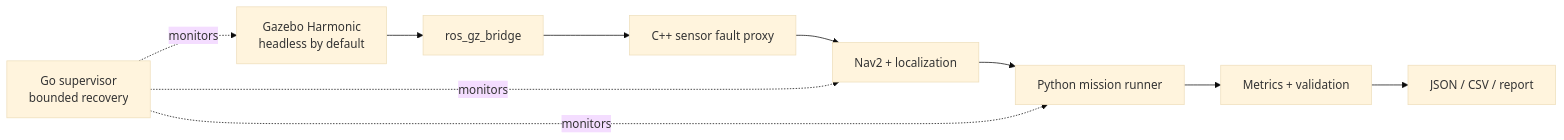
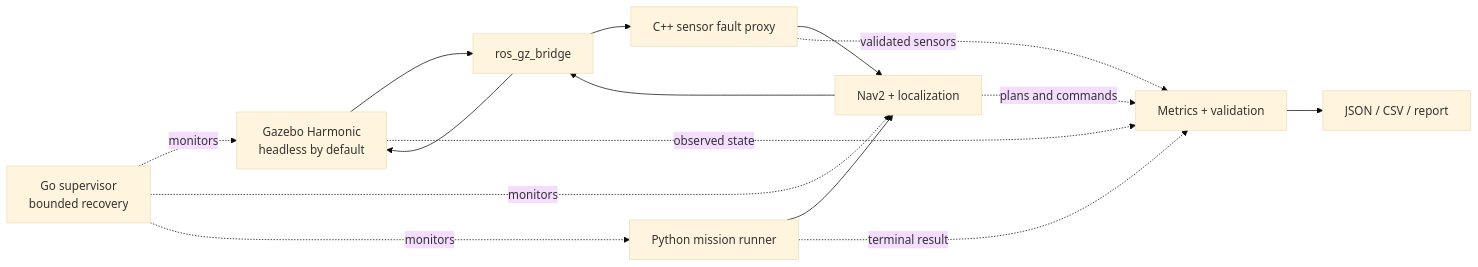
Before and after one commit to Hasan-Al-Hussein/robotest-lab: the first of 2 diagrams in README.md, drawn with Mermaid (base theme). The commit also changed other lines of this file and 19 other files, not shown here.

````diff
--- a/README.md
+++ b/README.md
@@ -65,16 +170,23 @@
 ```mermaid
 flowchart LR
     Gazebo["Gazebo Harmonic\nheadless by default"]
     Bridge["ros_gz_bridge"]
     Proxy["C++ sensor fault proxy"]
     Nav2["Nav2 + localization"]
     Mission["Python mission runner"]
     Metrics["Metrics + validation"]
     Results["JSON / CSV / report"]
     Supervisor["Go supervisor\nbounded recovery"]
 
-    Gazebo --> Bridge --> Proxy --> Nav2 --> Mission --> Metrics --> Results
+    Gazebo --> Bridge --> Proxy --> Nav2
+    Mission --> Nav2
+    Nav2 --> Bridge --> Gazebo
+    Gazebo -. observed state .-> Metrics
+    Proxy -. validated sensors .-> Metrics
+    Nav2 -. plans and commands .-> Metrics
+    Mission -. terminal result .-> Metrics
+    Metrics --> Results
     Supervisor -. monitors .-> Gazebo
     Supervisor -. monitors .-> Nav2
     Supervisor -. monitors .-> Mission
 ```
````
